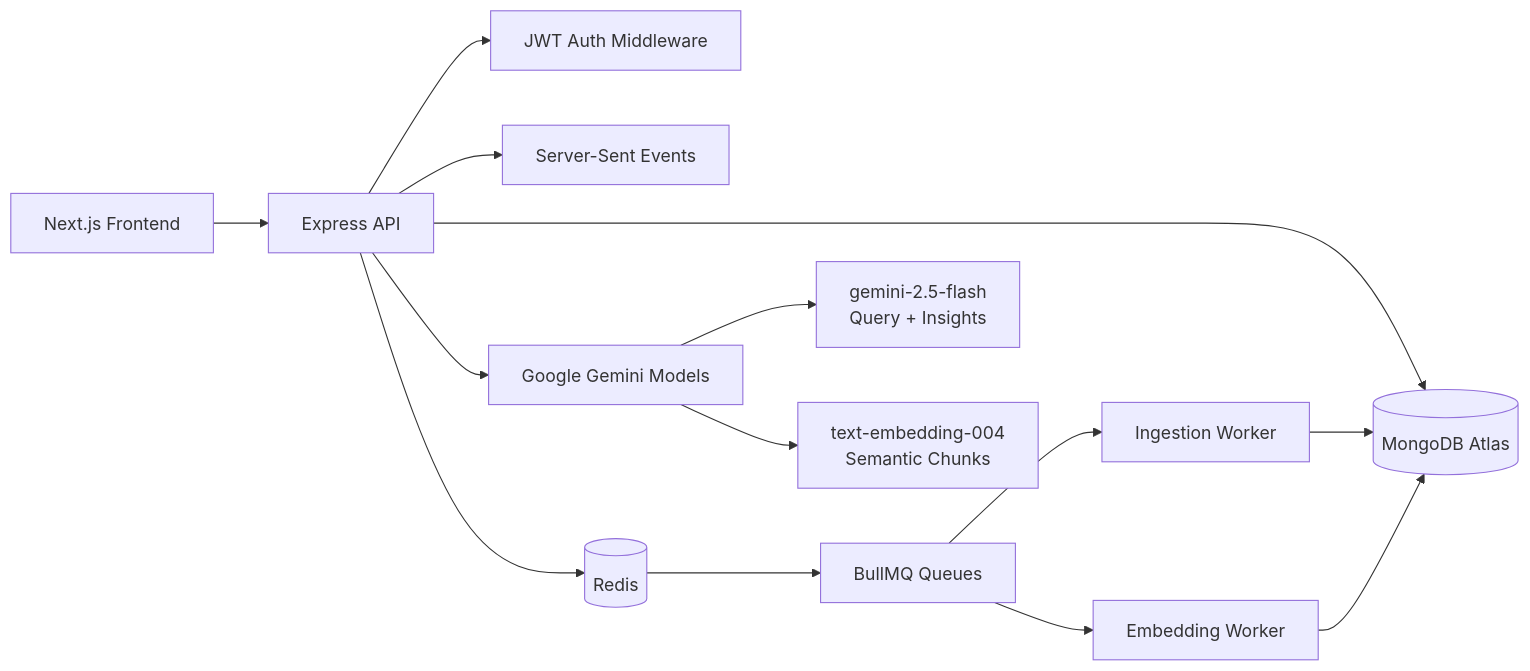
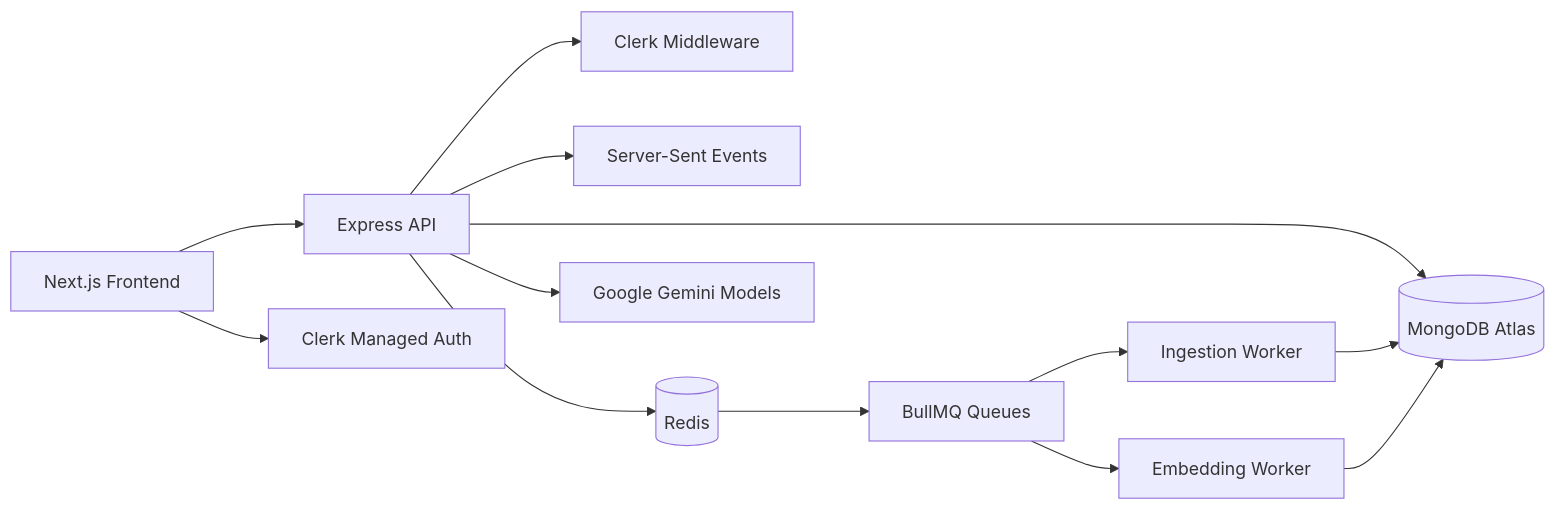
Before and after one commit to Shashikumar-ezhilarasu/TalktoyourData: the first of 2 diagrams in README.md, drawn with Mermaid. The commit also changed other lines of this file, not shown here.

Commit message:
docs: update README with Clerk enterprise authentication details

````diff
--- a/README.md
+++ b/README.md
@@ -251,16 +251,15 @@
 ```mermaid
 flowchart LR
   UI[Next.js Frontend] --> API[Express API]
-  API --> AUTH[JWT Auth Middleware]
+  API --> AUTH[Clerk Middleware]
   API --> MONGO[(MongoDB Atlas)]
   API --> SSE[Server-Sent Events]
   API --> REDIS[(Redis)]
   REDIS --> BULL[BullMQ Queues]
   BULL --> INGEST[Ingestion Worker]
   BULL --> EMBED[Embedding Worker]
   INGEST --> MONGO
   EMBED --> MONGO
   API --> GEMINI[Google Gemini Models]
-  GEMINI --> FLASH[gemini-2.5-flash\nQuery + Insights]
-  GEMINI --> EMBED2[text-embedding-004\nSemantic Chunks]
+  UI --> CLERK[Clerk Managed Auth]
 ```
````
